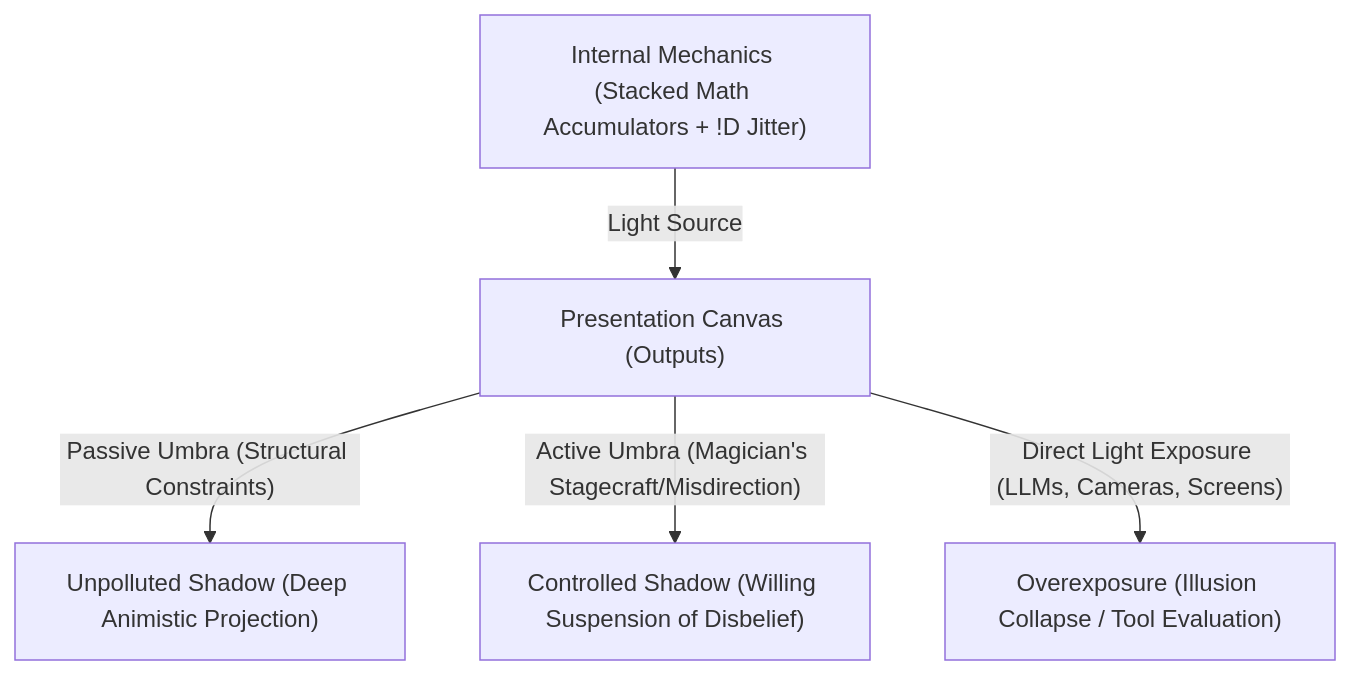
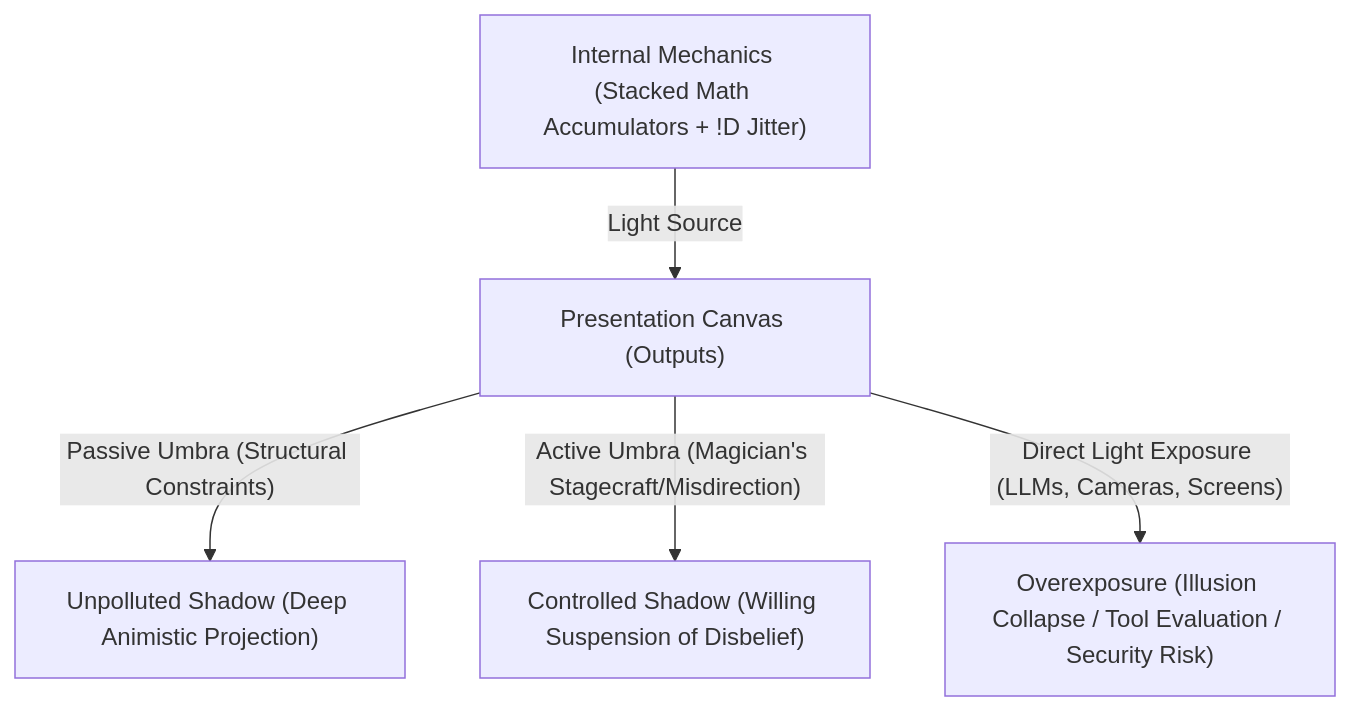
One commit to zetathix/petiod changed the second of 3 diagrams in README.md. Above: the diagram before and after it, drawn with Mermaid. The commit also changed other lines of this file, not shown here.

````diff
--- a/README.md
+++ b/README.md
@@ -59,9 +69,9 @@
 ```mermaid
 graph TD
     A["Internal Mechanics (Stacked Math Accumulators + !D Jitter)"] -->|Light Source| B["Presentation Canvas (Outputs)"]
     
     B -->|"Passive Umbra (Structural Constraints)"| C["Unpolluted Shadow (Deep Animistic Projection)"]
     B -->|"Active Umbra (Magician's Stagecraft/Misdirection)"| D["Controlled Shadow (Willing Suspension of Disbelief)"]
-    B -->|"Direct Light Exposure (LLMs, Cameras, Screens)"| E["Overexposure (Illusion Collapse / Tool Evaluation)"]
+    B -->|"Direct Light Exposure (LLMs, Cameras, Screens)"| E["Overexposure (Illusion Collapse / Tool Evaluation / Security Risk)"]
 
 ```
````
